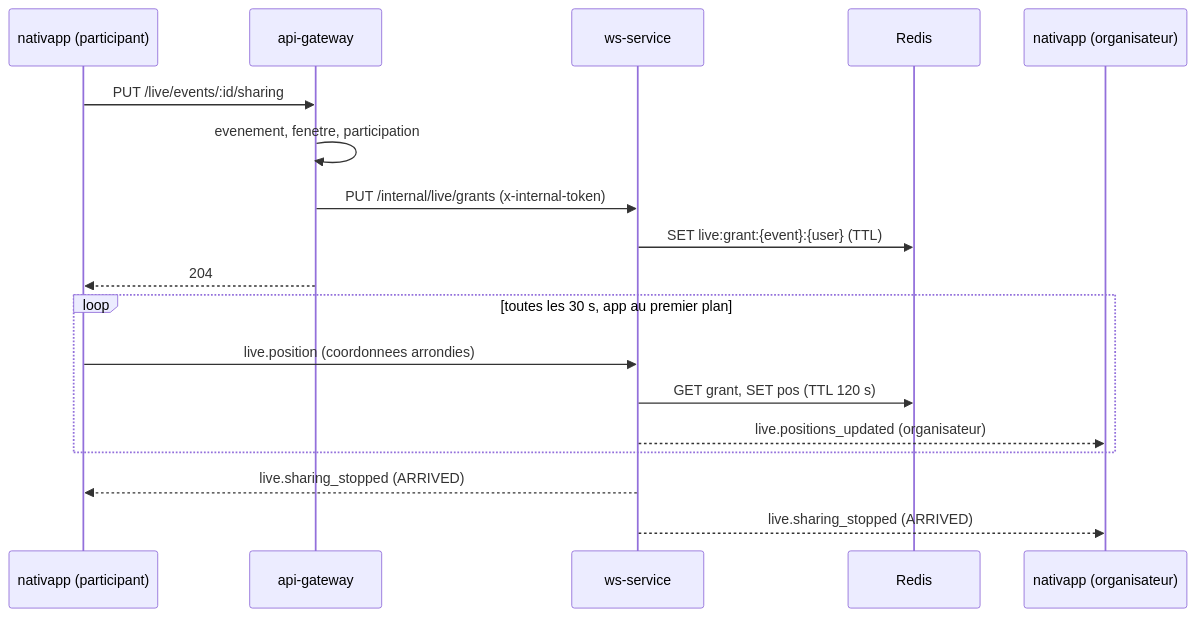
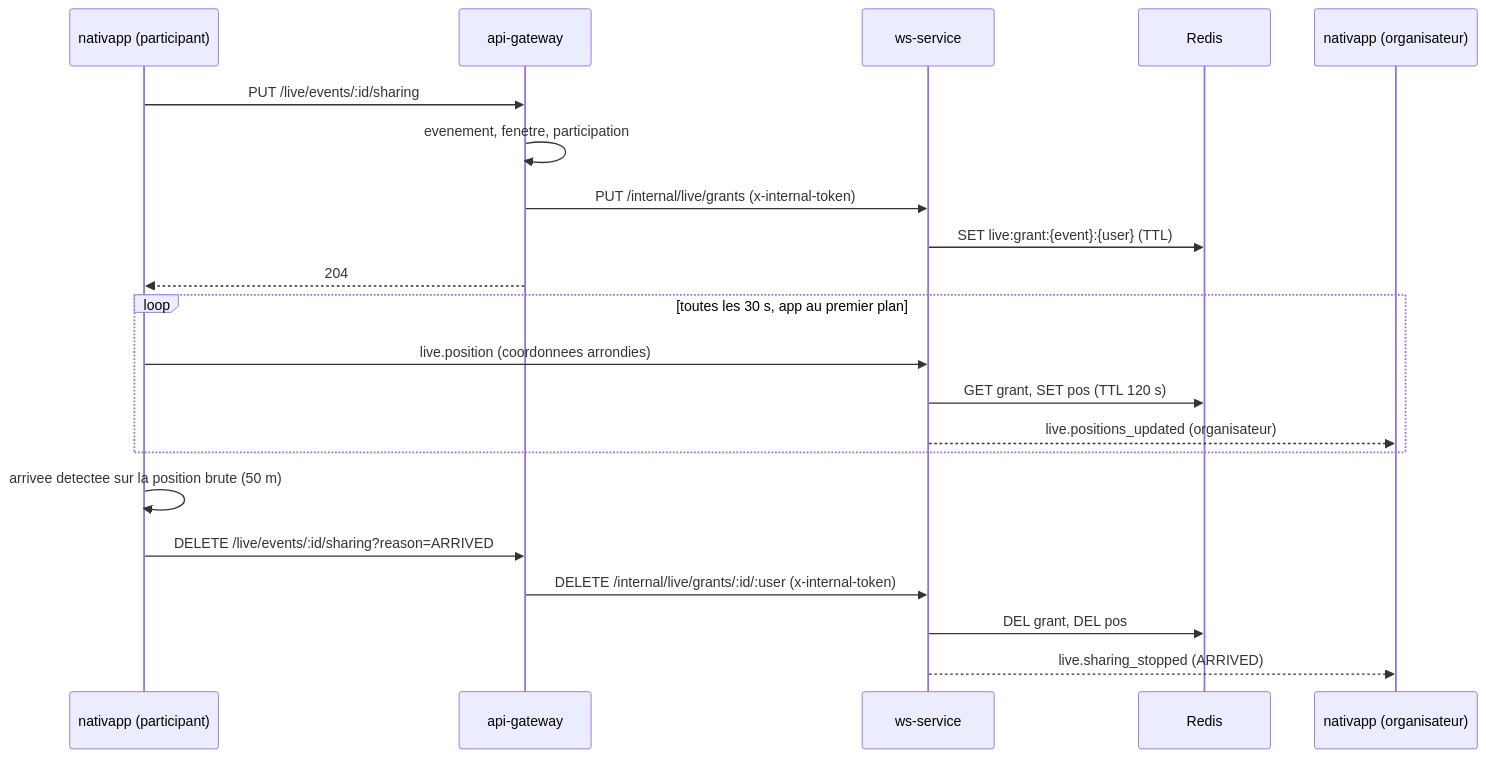
One commit to Volontariapp/docs changed the diagram in live-events/04-contrats-et-backend.md. Above: the diagram before and after it, drawn with Mermaid. The commit also changed other lines of this file and 6 other files, not shown here.

First line of the commit message:
docs(live-events): integrate the design review

````diff
--- a/live-events/04-contrats-et-backend.md
+++ b/live-events/04-contrats-et-backend.md
@@ -195,20 +224,23 @@
 ```mermaid
 sequenceDiagram
   participant App as nativapp (participant)
   participant GW as api-gateway
   participant WS as ws-service
   participant R as Redis
   participant Org as nativapp (organisateur)
   App->>GW: PUT /live/events/:id/sharing
   GW->>GW: evenement, fenetre, participation
   GW->>WS: PUT /internal/live/grants (x-internal-token)
   WS->>R: SET live:grant:{event}:{user} (TTL)
   GW-->>App: 204
   loop toutes les 30 s, app au premier plan
     App->>WS: live.position (coordonnees arrondies)
     WS->>R: GET grant, SET pos (TTL 120 s)
     WS-->>Org: live.positions_updated (organisateur)
   end
-  WS-->>App: live.sharing_stopped (ARRIVED)
+  App->>App: arrivee detectee sur la position brute (50 m)
+  App->>GW: DELETE /live/events/:id/sharing?reason=ARRIVED
+  GW->>WS: DELETE /internal/live/grants/:id/:user (x-internal-token)
+  WS->>R: DEL grant, DEL pos
   WS-->>Org: live.sharing_stopped (ARRIVED)
 ```
````
